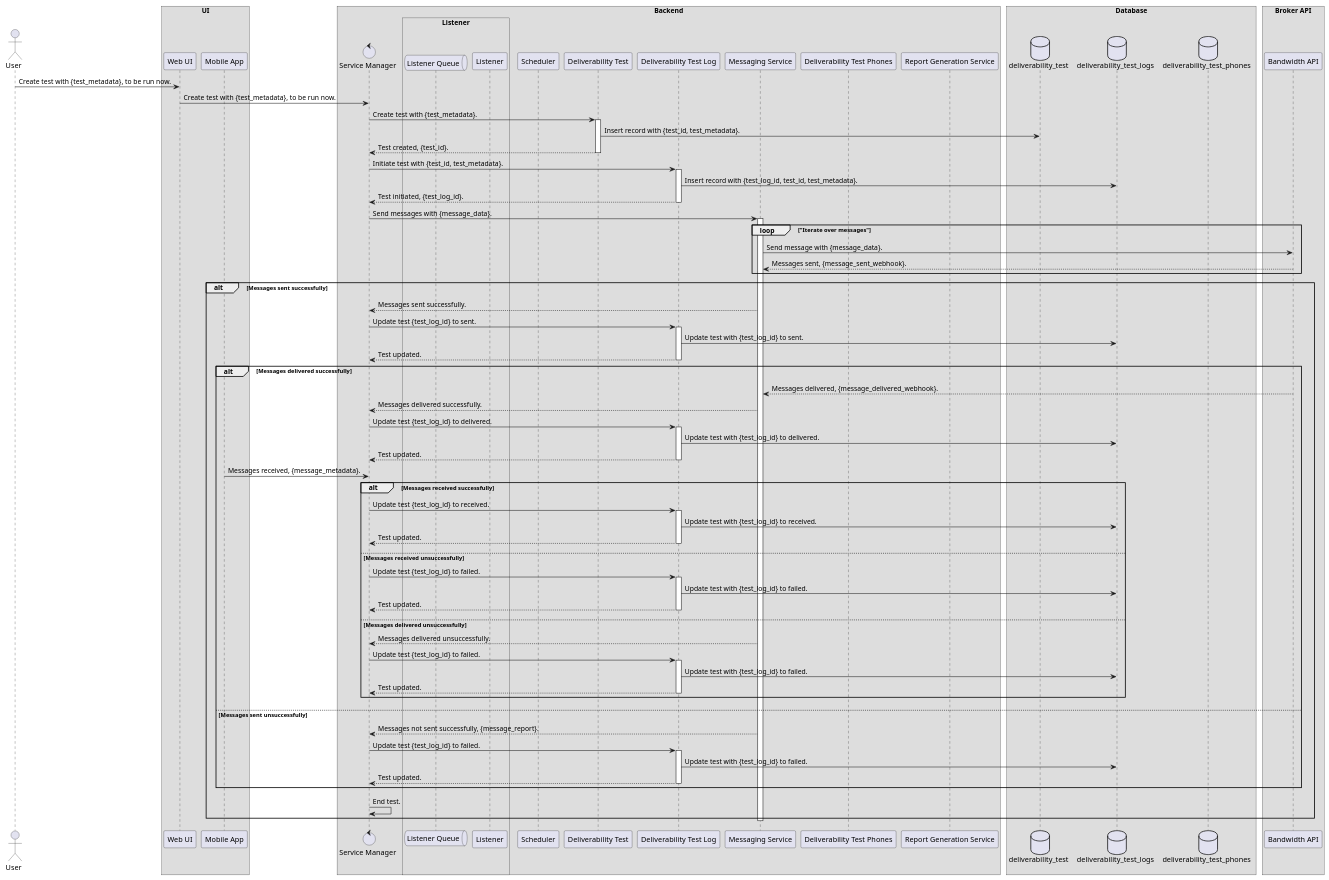
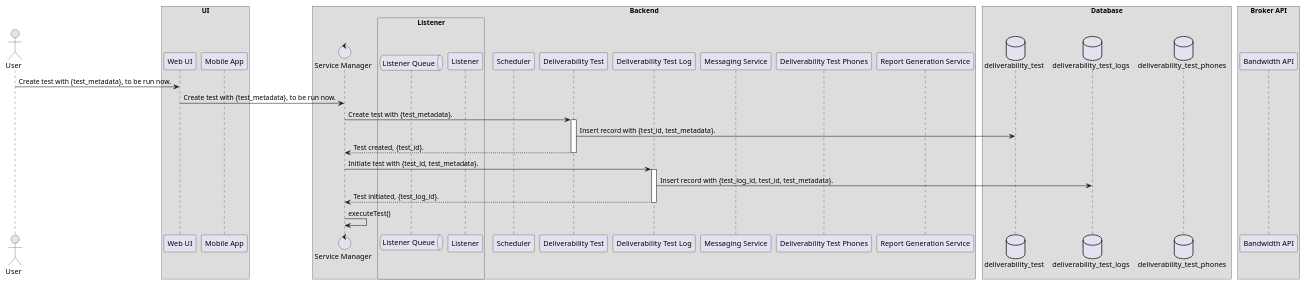
One commit to Xyz0074/testing-diagrams changed the diagram in source/sequence-diagrams/test-creation-immediate-execution-sequence-diagram.puml. Above: the diagram before and after it, drawn with PlantUML. The commit also changed 2 other files, not shown here.

Commit message:
Refactored diagrams to show abstraction.

```diff
--- a/source/sequence-diagrams/test-creation-immediate-execution-sequence-diagram.puml
+++ b/source/sequence-diagrams/test-creation-immediate-execution-sequence-diagram.puml
@@ -1,104 +1,52 @@
 @startuml
 !pragma teoz true
 
 /'Defines the protocol when a user submits a request to create and execute a test immediately'/
 /'author: Luvai Cutlerywala <luvaidc@gmail.com>'/
 
 /'Define the actors and participants.'/
 actor User as user
 
 box UI
     participant "Web UI" as web_ui
     participant "Mobile App" as mobile_app
 end box
 
 box Backend
     control "Service Manager" as service_manager
     box Listener
         queue "Listener Queue" as listener_queue
         participant "Listener" as listener
     end box
     participant "Scheduler" as scheduler
     participant "Deliverability Test" as deliverability_test
     participant "Deliverability Test Log" as deliverability_test_log
     participant "Messaging Service" as messenger
     participant "Deliverability Test Phones" as deliverability_test_phones
     participant "Report Generation Service" as report_generator
 end box
 
 box Database
     database deliverability_test as dt
     database deliverability_test_logs as dtl
     database deliverability_test_phones as dtp
 end box
 
 box "Broker API"
     participant "Bandwidth API" as broker_api
 end box
 
 user -> web_ui: Create test with {test_metadata}, to be run now.
 web_ui -> service_manager: Create test with {test_metadata}, to be run now.
 service_manager -> deliverability_test: Create test with {test_metadata}.
 activate deliverability_test
 deliverability_test -> dt: Insert record with {test_id, test_metadata}.
 deliverability_test --> service_manager: Test created, {test_id}.
 deactivate deliverability_test
 service_manager -> deliverability_test_log: Initiate test with {test_id, test_metadata}.
 activate deliverability_test_log
 deliverability_test_log -> dtl: Insert record with {test_log_id, test_id, test_metadata}.
 deliverability_test_log --> service_manager: Test initiated, {test_log_id}.
 deactivate deliverability_test_log
-service_manager -> messenger: Send messages with {message_data}.
-activate messenger
-loop "Iterate over messages"
-    messenger -> broker_api: Send message with {message_data}.
-    broker_api --> messenger: Messages sent, {message_sent_webhook}.
-end
-alt Messages sent successfully
-    messenger --> service_manager: Messages sent successfully.
-    service_manager -> deliverability_test_log: Update test {test_log_id} to sent.
-    activate deliverability_test_log
-    deliverability_test_log -> dtl: Update test with {test_log_id} to sent.
-    deliverability_test_log --> service_manager: Test updated.
-    deactivate deliverability_test_log
-    alt Messages delivered successfully
-        broker_api --> messenger: Messages delivered, {message_delivered_webhook}.
-        messenger --> service_manager: Messages delivered successfully.
-        service_manager -> deliverability_test_log: Update test {test_log_id} to delivered.
-        activate deliverability_test_log
-        deliverability_test_log -> dtl: Update test with {test_log_id} to delivered.
-        deliverability_test_log --> service_manager: Test updated.
-        deactivate deliverability_test_log
-        mobile_app -> service_manager: Messages received, {message_metadata}.
-        alt Messages received successfully
-            service_manager -> deliverability_test_log: Update test {test_log_id} to received.
-            activate deliverability_test_log
-            deliverability_test_log -> dtl: Update test with {test_log_id} to received.
-            deliverability_test_log --> service_manager: Test updated.
-            deactivate deliverability_test_log
-        else Messages received unsuccessfully
-            service_manager -> deliverability_test_log: Update test {test_log_id} to failed.
-            activate deliverability_test_log
-            deliverability_test_log -> dtl: Update test with {test_log_id} to failed.
-            deliverability_test_log --> service_manager: Test updated.
-            deactivate deliverability_test_log
-    else Messages delivered unsuccessfully
-        messenger --> service_manager: Messages delivered unsuccessfully.
-        service_manager -> deliverability_test_log: Update test {test_log_id} to failed.
-        activate deliverability_test_log
-        deliverability_test_log -> dtl: Update test with {test_log_id} to failed.
-        deliverability_test_log --> service_manager: Test updated.
-        deactivate deliverability_test_log
-    end
-else Messages sent unsuccessfully
-    messenger --> service_manager: Messages not sent successfully, {message_report}.
-    service_manager -> deliverability_test_log: Update test {test_log_id} to failed.
-    activate deliverability_test_log
-    deliverability_test_log -> dtl: Update test with {test_log_id} to failed.
-    deliverability_test_log --> service_manager: Test updated.
-    deactivate deliverability_test_log
-end
-service_manager -> service_manager: End test.
-deactivate messenger
-
+service_manager -> service_manager: executeTest()
 @enduml
```
